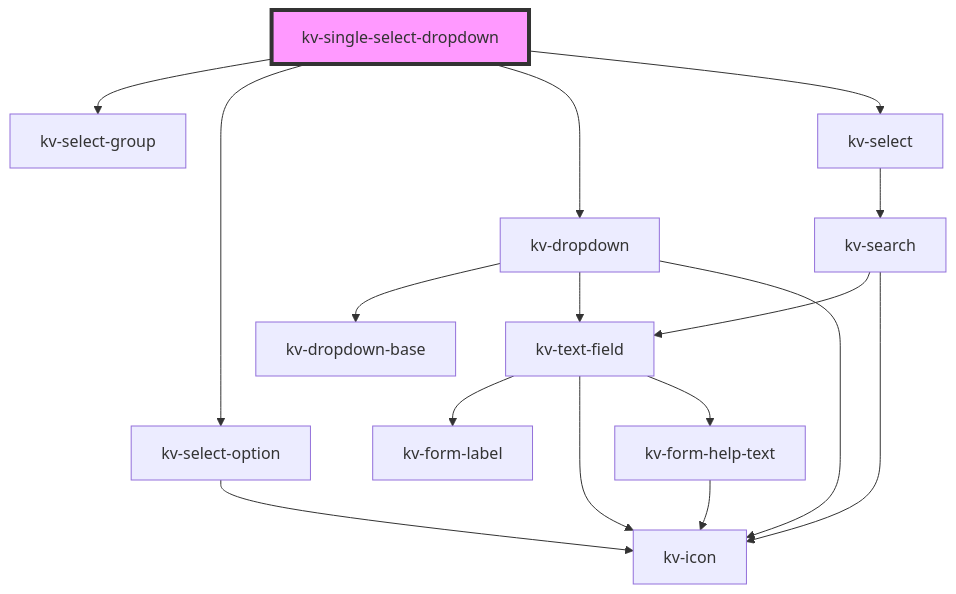
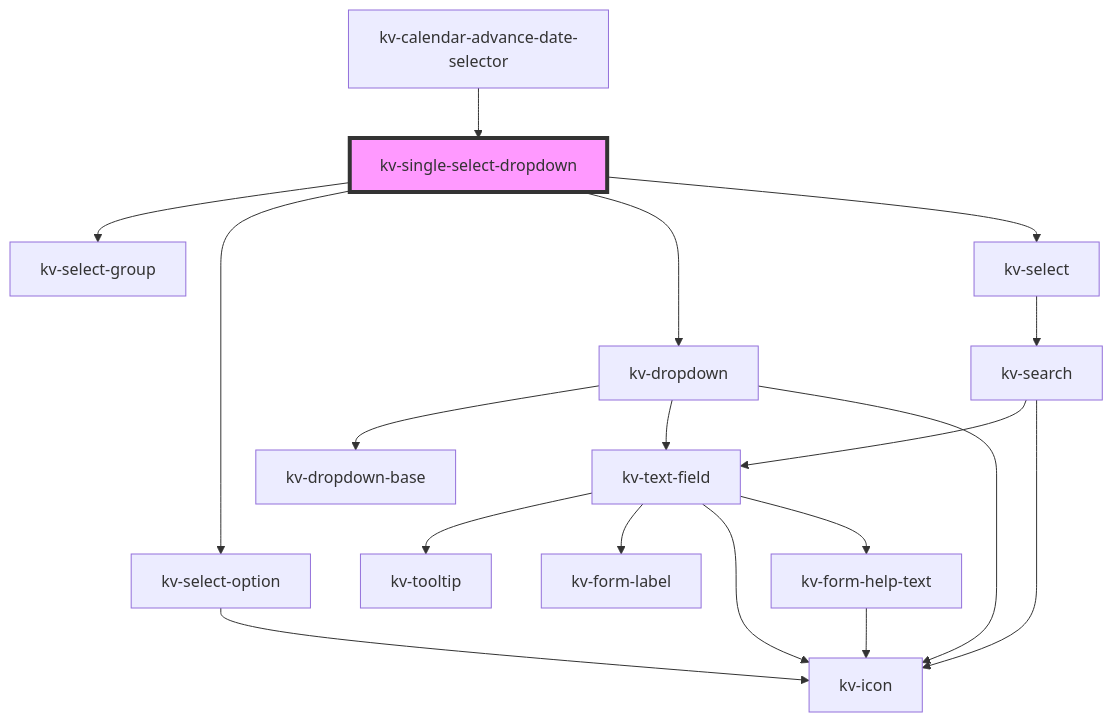
Before and after one commit to kelvininc/ui-components: the diagram in packages/ui-components/src/components/single-select-dropdown/readme.md, drawn with Mermaid. The commit also changed other lines of this file and 84 other files, not shown here.

First line of the commit message:
feat(advance-date-input): add `advance-date-input` component

````diff
--- a/packages/ui-components/src/components/single-select-dropdown/readme.md
+++ b/packages/ui-components/src/components/single-select-dropdown/readme.md
@@ -89,19 +101,21 @@
 ```mermaid
 graph TD;
   kv-single-select-dropdown --> kv-select-group
   kv-single-select-dropdown --> kv-select-option
   kv-single-select-dropdown --> kv-dropdown
   kv-single-select-dropdown --> kv-select
   kv-select-option --> kv-icon
   kv-dropdown --> kv-dropdown-base
   kv-dropdown --> kv-text-field
   kv-dropdown --> kv-icon
+  kv-text-field --> kv-tooltip
   kv-text-field --> kv-form-label
   kv-text-field --> kv-icon
   kv-text-field --> kv-form-help-text
   kv-form-help-text --> kv-icon
   kv-select --> kv-search
   kv-search --> kv-text-field
   kv-search --> kv-icon
+  kv-calendar-advance-date-selector --> kv-single-select-dropdown
   style kv-single-select-dropdown fill:#f9f,stroke:#333,stroke-width:4px
 ```
````
